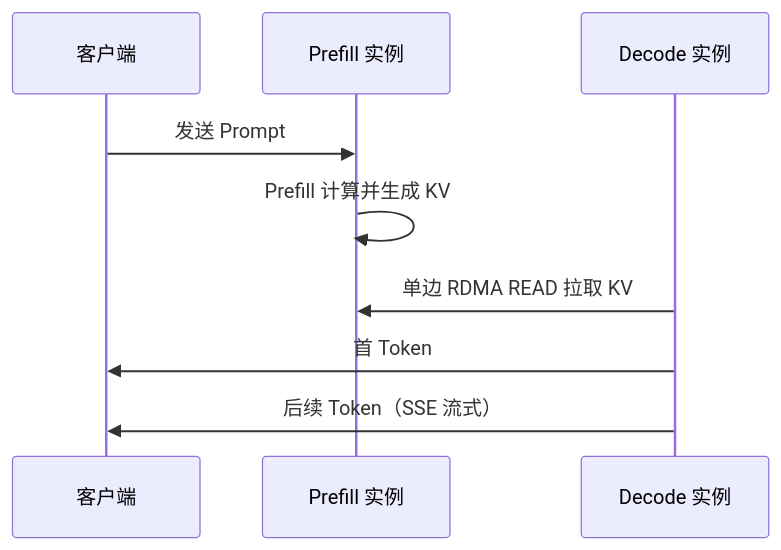
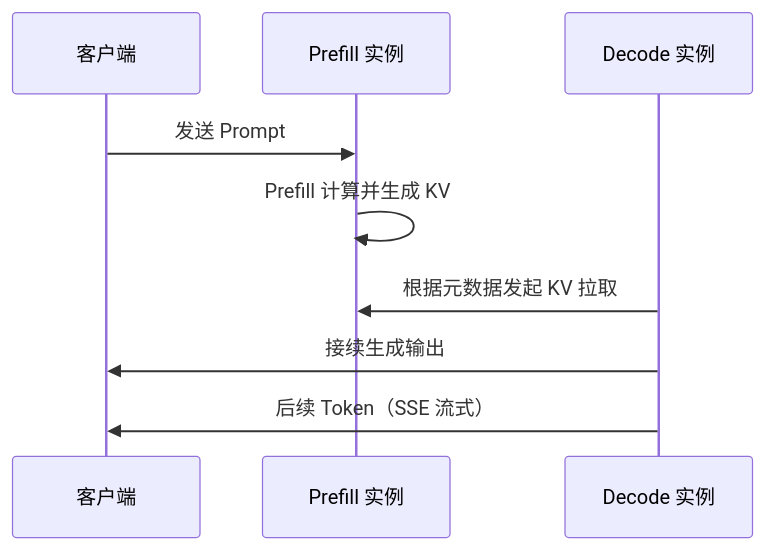
The fourth of 4 diagrams in posts/2026-07-30-ai-infra-communication-protocols.md (WryGill/wrygill.github.io), drawn with Mermaid before and after one commit. The commit also changed other lines of this file and 13 other files, not shown here.

````diff
--- a/posts/2026-07-30-ai-infra-communication-protocols.md
+++ b/posts/2026-07-30-ai-infra-communication-protocols.md
@@ -142,11 +136,11 @@
 ```mermaid
 sequenceDiagram
     participant C as 客户端
     participant P as Prefill 实例
     participant D as Decode 实例
     C->>P: 发送 Prompt
     P->>P: Prefill 计算并生成 KV
-    D->>P: 单边 RDMA READ 拉取 KV
-    D->>C: 首 Token
+    D->>P: 根据元数据发起 KV 拉取
+    D->>C: 接续生成输出
     D->>C: 后续 Token（SSE 流式）
 ```
````
